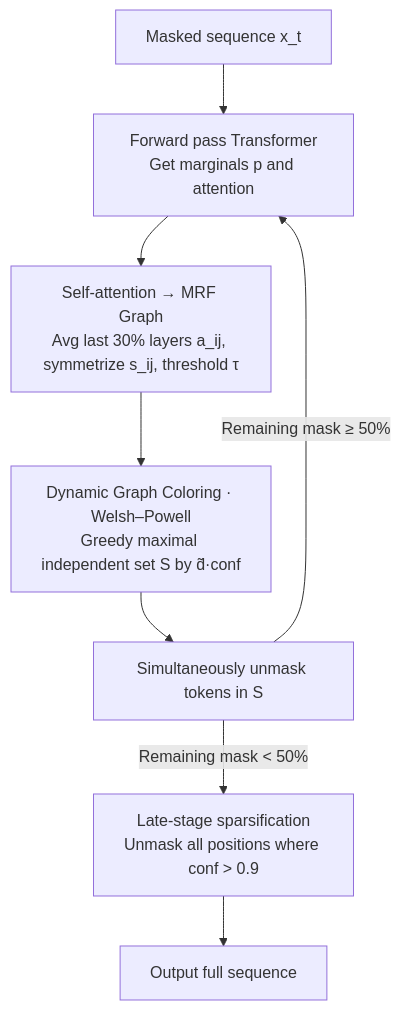
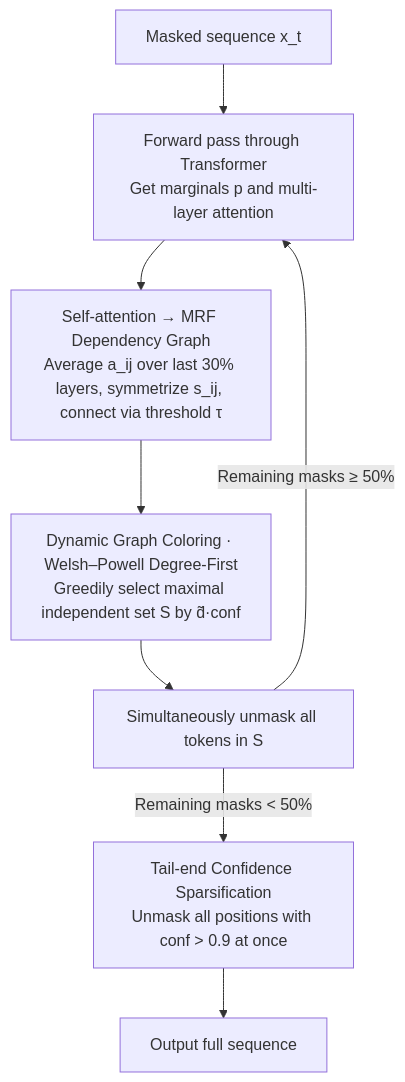
One commit to zhaoyang97/Paper-Notes-en changed the diagram in docs/ICML2026/image_restoration/dapd_dependency-aware_parallel_decoding_via_attention_for_diffusion_llms.md. Above: the diagram before and after it, drawn with Mermaid. The commit also changed other lines of this file and 5084 other files, not shown here.

````diff
--- a/docs/ICML2026/image_restoration/dapd_dependency-aware_parallel_decoding_via_attention_for_diffusion_llms.md
+++ b/docs/ICML2026/image_restoration/dapd_dependency-aware_parallel_decoding_via_attention_for_diffusion_llms.md
@@ -42,10 +42,10 @@
 ```mermaid
 graph TD
-    A["Masked sequence x_t"] --> B["Forward pass Transformer<br/>Get marginals p and attention"]
-    B --> C["Self-attention → MRF Graph<br/>Avg last 30% layers a_ij, symmetrize s_ij, threshold τ"]
-    C --> D["Dynamic Graph Coloring · Welsh–Powell<br/>Greedy maximal independent set S by d̃·conf"]
-    D --> E["Simultaneously unmask tokens in S"]
-    E -->|"Remaining mask ≥ 50%"| B
-    E -->|"Remaining mask < 50%"| F["Late-stage sparsification<br/>Unmask all positions where conf > 0.9"]
+    A["Masked sequence x_t"] --> B["Forward pass through Transformer<br/>Get marginals p and multi-layer attention"]
+    B --> C["Self-attention → MRF Dependency Graph<br/>Average a_ij over last 30% layers, symmetrize s_ij, connect via threshold τ"]
+    C --> D["Dynamic Graph Coloring · Welsh–Powell Degree-First<br/>Greedily select maximal independent set S by d̃·conf"]
+    D --> E["Simultaneously unmask all tokens in S"]
+    E -->|"Remaining masks ≥ 50%"| B
+    E -->|"Remaining masks < 50%"| F["Tail-end Confidence Sparsification<br/>Unmask all positions with conf > 0.9 at once"]
     F --> G["Output full sequence"]
 ```
````
